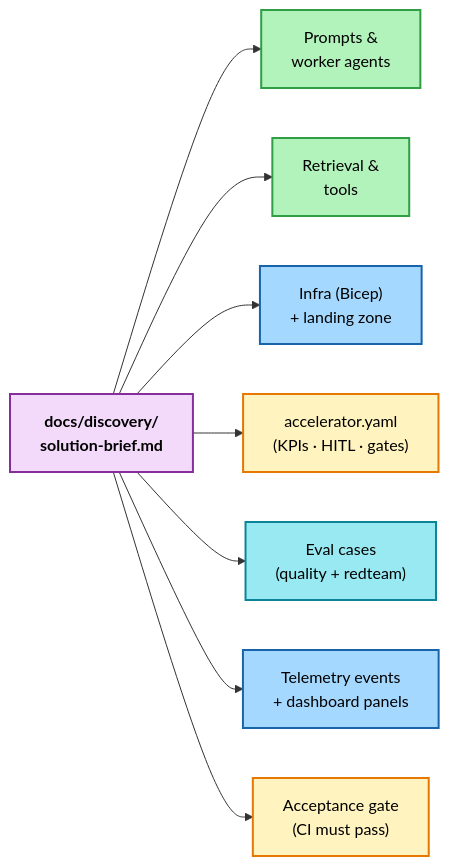
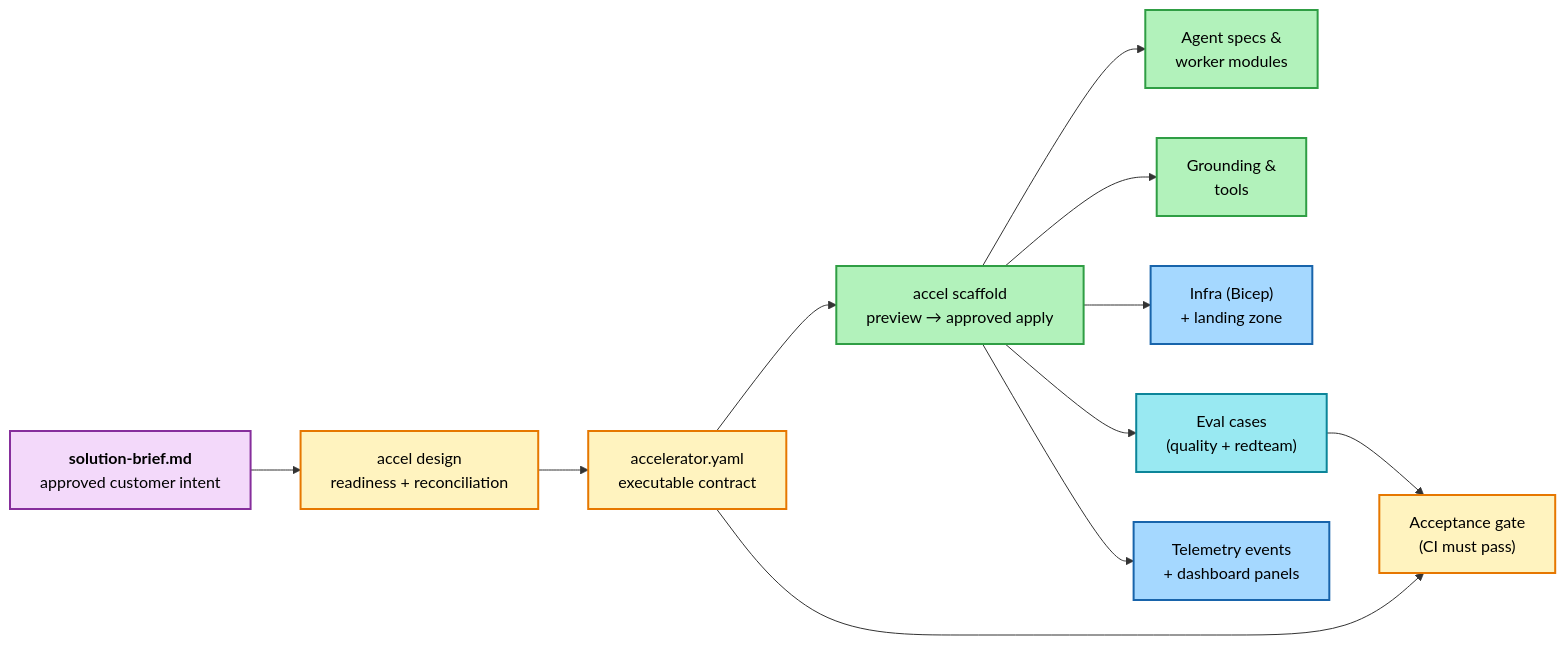
One commit to jlangley11/agentic-ai-solution-accelerator changed the diagram in docs/start/deliver/03-scaffold-from-the-brief.md. Above: the diagram before and after it, drawn with Mermaid. The commit also changed other lines of this file and 168 other files, not shown here.

````diff
--- a/docs/start/deliver/03-scaffold-from-the-brief.md
+++ b/docs/start/deliver/03-scaffold-from-the-brief.md
@@ -64,17 +78,20 @@
 ```mermaid
 flowchart LR
     classDef brief fill:#f3d9fa,stroke:#862e9c,stroke-width:2px,color:#000
     classDef code fill:#b2f2bb,stroke:#2f9e44,stroke-width:2px,color:#000
     classDef infra fill:#a5d8ff,stroke:#1864ab,stroke-width:2px,color:#000
     classDef gate fill:#fff3bf,stroke:#e67700,stroke-width:2px,color:#000
     classDef obs fill:#99e9f2,stroke:#0c8599,stroke-width:2px,color:#000
 
-    B["<b>docs/discovery/<br/>solution-brief.md</b>"]:::brief
-    B --> P["Prompts &<br/>worker agents"]:::code
-    B --> R["Retrieval &<br/>tools"]:::code
-    B --> I["Infra (Bicep)<br/>+ landing zone"]:::infra
-    B --> Y["accelerator.yaml<br/>(KPIs · HITL · gates)"]:::gate
-    B --> E["Eval cases<br/>(quality + redteam)"]:::obs
-    B --> TM["Telemetry events<br/>+ dashboard panels"]:::infra
-    B --> A["Acceptance gate<br/>(CI must pass)"]:::gate
+    B["<b>solution-brief.md</b><br/>approved customer intent"]:::brief
+    B --> D["accel design<br/>readiness + reconciliation"]:::gate
+    D --> Y["accelerator.yaml<br/>executable contract"]:::gate
+    Y --> S["accel scaffold<br/>preview → approved apply"]:::code
+    S --> P["Agent specs &<br/>worker modules"]:::code
+    S --> R["Grounding &<br/>tools"]:::code
+    S --> I["Infra (Bicep)<br/>+ landing zone"]:::infra
+    S --> E["Eval cases<br/>(quality + redteam)"]:::obs
+    S --> TM["Telemetry events<br/>+ dashboard panels"]:::infra
+    Y --> A["Acceptance gate<br/>(CI must pass)"]:::gate
+    E --> A
 ```
````
